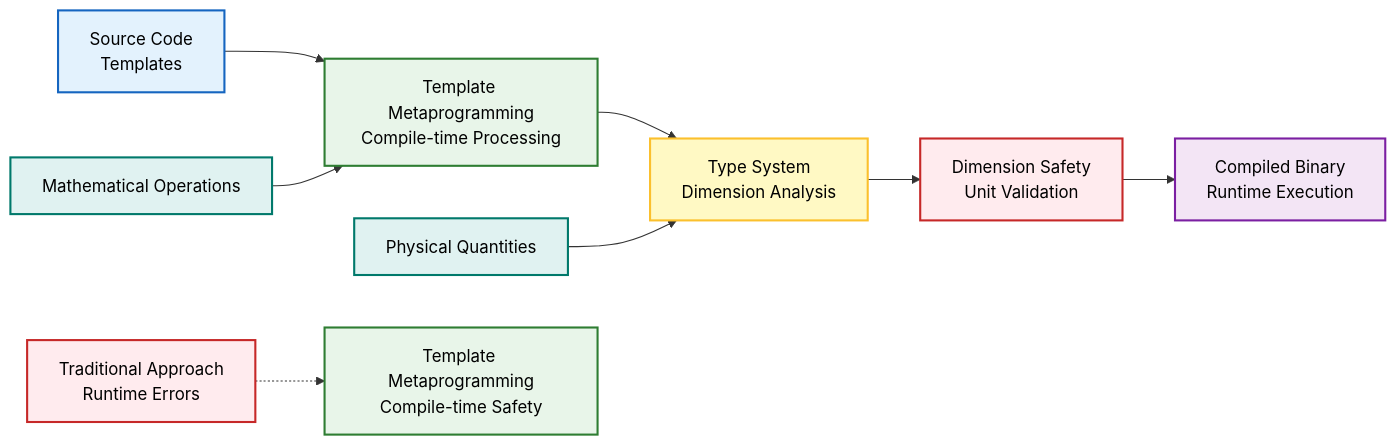
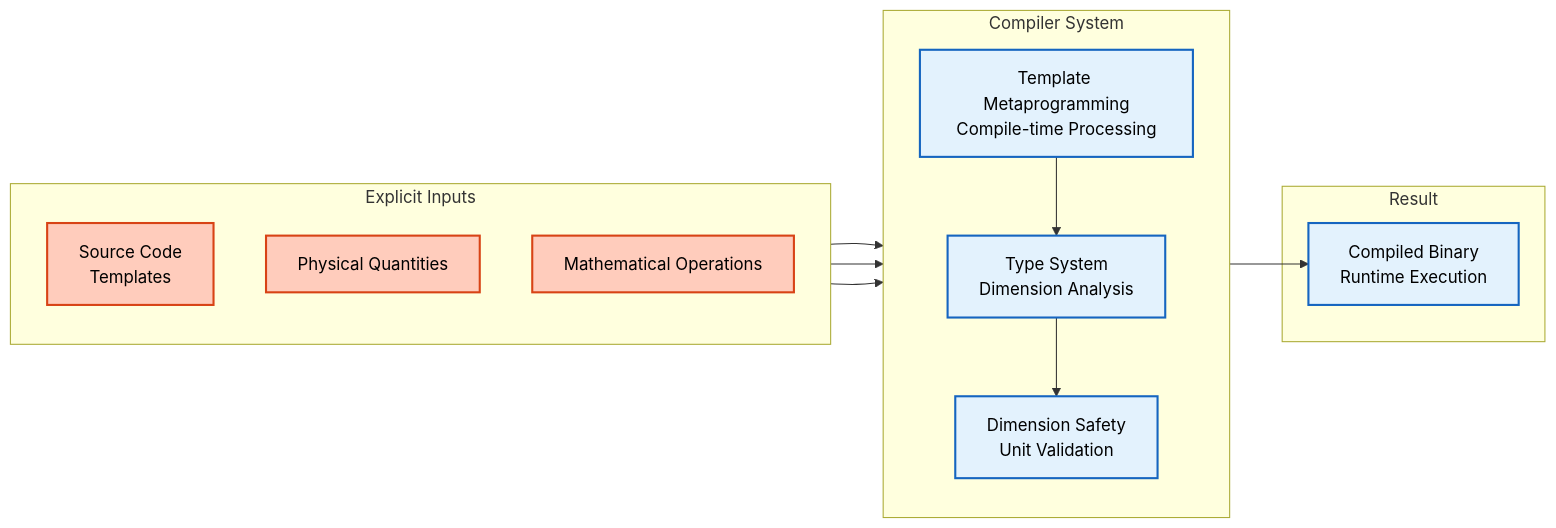
One commit to wramet/build-my-cfd changed the first of 3 diagrams in MODULE_05_OPENFOAM_PROGRAMMING/CONTENT/02_DIMENSIONED_TYPES/01_Introduction.md. Above: the diagram before and after it, drawn with Mermaid. The commit also changed other lines of this file and 313 other files, not shown here.

Commit message:
Revise all diagram

````diff
--- a/MODULE_05_OPENFOAM_PROGRAMMING/CONTENT/02_DIMENSIONED_TYPES/01_Introduction.md
+++ b/MODULE_05_OPENFOAM_PROGRAMMING/CONTENT/02_DIMENSIONED_TYPES/01_Introduction.md
@@ -13,22 +13,27 @@
 ```mermaid
 flowchart LR
-    A["Source Code<br/>Templates"] --> B["Template Metaprogramming<br/>Compile-time Processing"]
-    B --> C["Type System<br/>Dimension Analysis"]
-    C --> D["Dimension Safety<br/>Unit Validation"]
-    D --> E["Compiled Binary<br/>Runtime Execution"]
-
-    F["Physical Quantities"] --> C
-    G["Mathematical Operations"] --> B
-
-    H["Traditional Approach<br/>Runtime Errors"] -.-> I["Template Metaprogramming<br/>Compile-time Safety"]
-
-    style A fill:#e3f2fd,stroke:#1565c0,stroke-width:2px,color:#000;
-    style B fill:#e8f5e9,stroke:#2e7d32,stroke-width:2px,color:#000;
-    style C fill:#fff9c4,stroke:#fbc02d,stroke-width:2px,color:#000;
-    style D fill:#ffebee,stroke:#c62828,stroke-width:2px,color:#000;
-    style E fill:#f3e5f5,stroke:#7b1fa2,stroke-width:2px,color:#000;
-    style F fill:#e0f2f1,stroke:#00796b,stroke-width:2px,color:#000;
-    style G fill:#e0f2f1,stroke:#00796b,stroke-width:2px,color:#000;
-    style H fill:#ffebee,stroke:#c62828,stroke-width:2px,color:#000;
-    style I fill:#e8f5e9,stroke:#2e7d32,stroke-width:2px,color:#000;
+classDef explicit fill:#ffccbc,stroke:#d84315,stroke-width:2px,color:#000
+classDef implicit fill:#e3f2fd,stroke:#1565c0,stroke-width:2px,color:#000
+classDef context fill:#f5f5f5,stroke:#616161,stroke-width:2px,color:#000
+subgraph Inputs["Explicit Inputs"]
+    direction TB
+    A["Source Code<br/>Templates"]:::explicit
+    F["Physical Quantities"]:::explicit
+    G["Mathematical Operations"]:::explicit
+end
+subgraph System["Compiler System"]
+    direction TB
+    B["Template Metaprogramming<br/>Compile-time Processing"]:::implicit
+    C["Type System<br/>Dimension Analysis"]:::implicit
+    D["Dimension Safety<br/>Unit Validation"]:::implicit
+end
+subgraph Output["Result"]
+    E["Compiled Binary<br/>Runtime Execution"]:::implicit
+end
+A --> B
+G --> B
+B --> C
+F --> C
+C --> D
+D --> E
 ```
````
